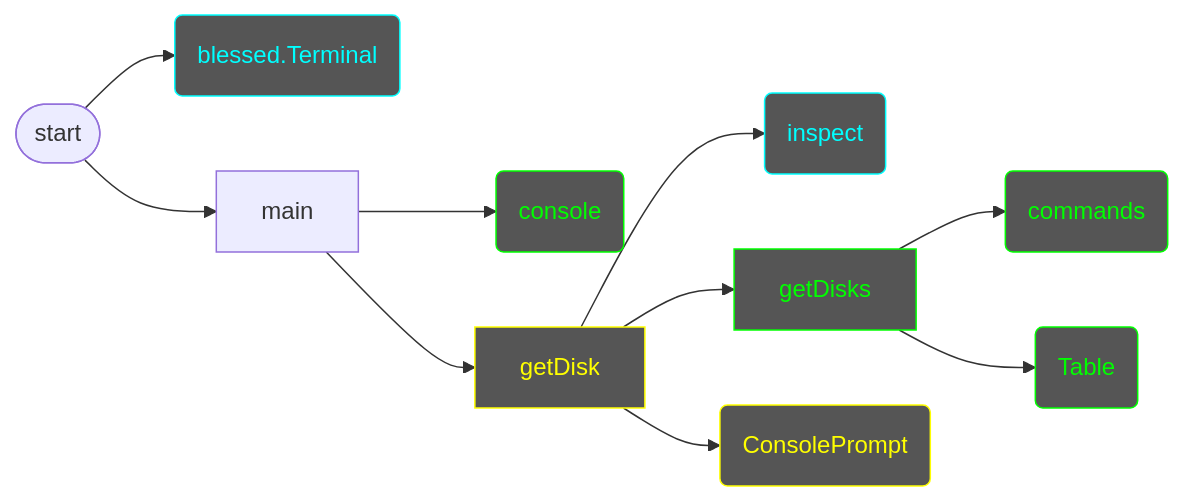
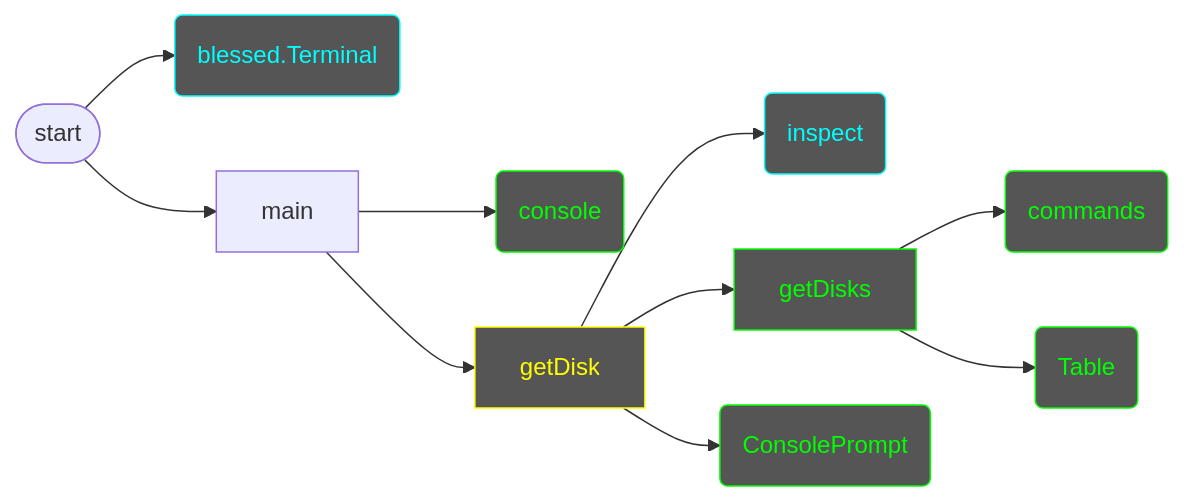
The diagram in scripts/get_disk/design.md (7s4e/p3), drawn with Mermaid before and after one commit. The commit also changed 1 other file, not shown here.

````diff
--- a/scripts/get_disk/design.md
+++ b/scripts/get_disk/design.md
@@ -2,25 +2,25 @@
 ```mermaid
 flowchart LR
     classDef complete color:#0f0,stroke:#0f0,fill:#555
     classDef working color:#ff0,stroke:#ff0,fill:#555
     classDef library color:#0ff,stroke:#0ff,fill:#555
     IF([start])
         IF --> TRM
         IF --> MAIN
     TRM(blessed.Terminal):::library
     MAIN[main]
         MAIN --> CON
         MAIN --> GD
     CON(console):::complete
     GD[getDisk]:::working
         GD --> INSP
         GD --> GDS
         GD --> CCP
     INSP(inspect):::library
     GDS[getDisks]:::complete
         GDS --> CMD
         GDS --> TBL
     CMD(commands):::complete
     TBL(Table):::complete
-    CCP(ConsolePrompt):::working
+    CCP(ConsolePrompt):::complete
 ```
````
